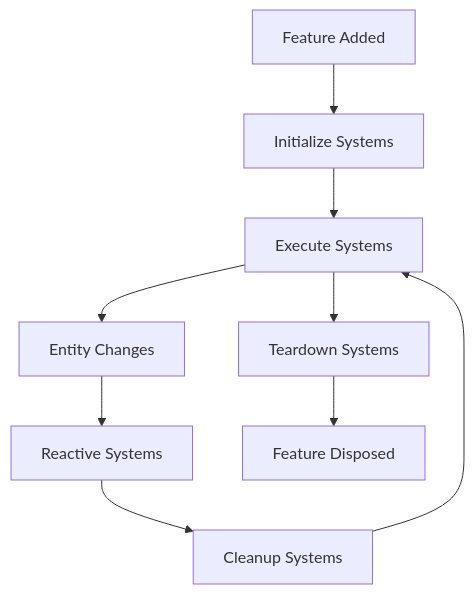
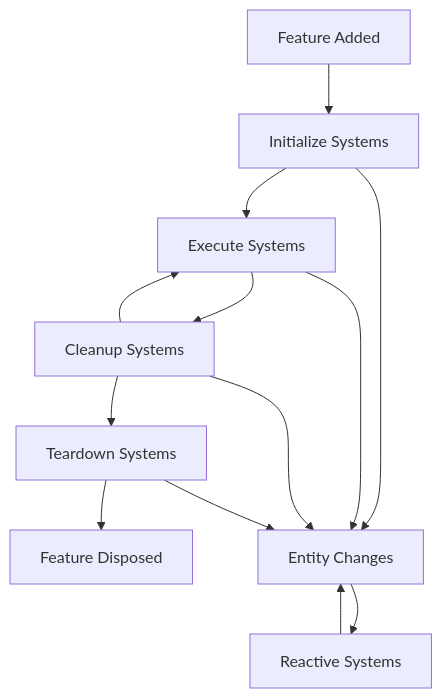
Before and after one commit to FlameOfUdun/flutter_event_component_system: the diagram in README.md, drawn with Mermaid. The commit also changed other lines of this file and 1 other file, not shown here.

````diff
--- a/README.md
+++ b/README.md
@@ -193,11 +196,17 @@
 ```mermaid
 graph TD
     A[Feature Added] --> B[Initialize Systems]
     B --> C[Execute Systems]
-    C --> D[Entity Changes]
-    D --> E[Reactive Systems]
-    E --> F[Cleanup Systems]
-    F --> C
-    C --> G[Teardown Systems]
-    G --> H[Feature Disposed]
+    C --> D[Cleanup Systems]
+    D --> C
+    D --> E[Teardown Systems]
+    E --> F[Feature Disposed]
+
+    G[Entity Changes]
+    G --> H[Reactive Systems]
+    H --> G
+    B --> G
+    C --> G
+    D --> G
+    E --> G
 ```
````
